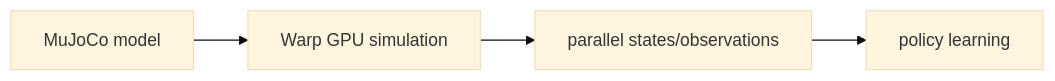
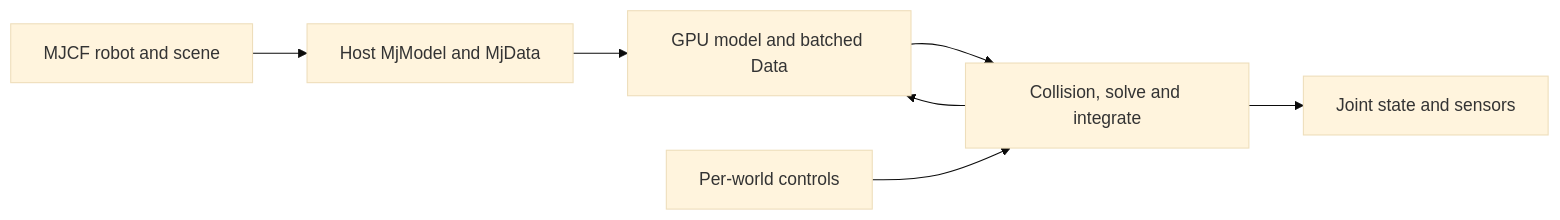
Before and after one commit to james-joobs/awesome-nvidia-physical-ai: the diagram in docs/en/mujoco-warp.md, drawn with Mermaid (base theme). The commit also changed other lines of this file and 187 other files, not shown here.

Commit message:
Expand bilingual guides with official architecture references

````diff
--- a/docs/en/mujoco-warp.md
+++ b/docs/en/mujoco-warp.md
@@ -17,4 +18,15 @@
 ```mermaid
 flowchart LR
-    A["MuJoCo model"] --> B["Warp GPU simulation"] --> C["parallel states/observations"] --> D["policy learning"]
+    xml["MJCF robot and scene"]
+    host["Host MjModel and MjData"]
+    gpu["GPU model and batched Data"]
+    act["Per-world controls"]
+    step["Collision, solve and integrate"]
+    read["Joint state and sensors"]
+    xml --> host
+    host --> gpu
+    gpu --> step
+    act --> step
+    step --> read
+    step --> gpu
 ```
````
